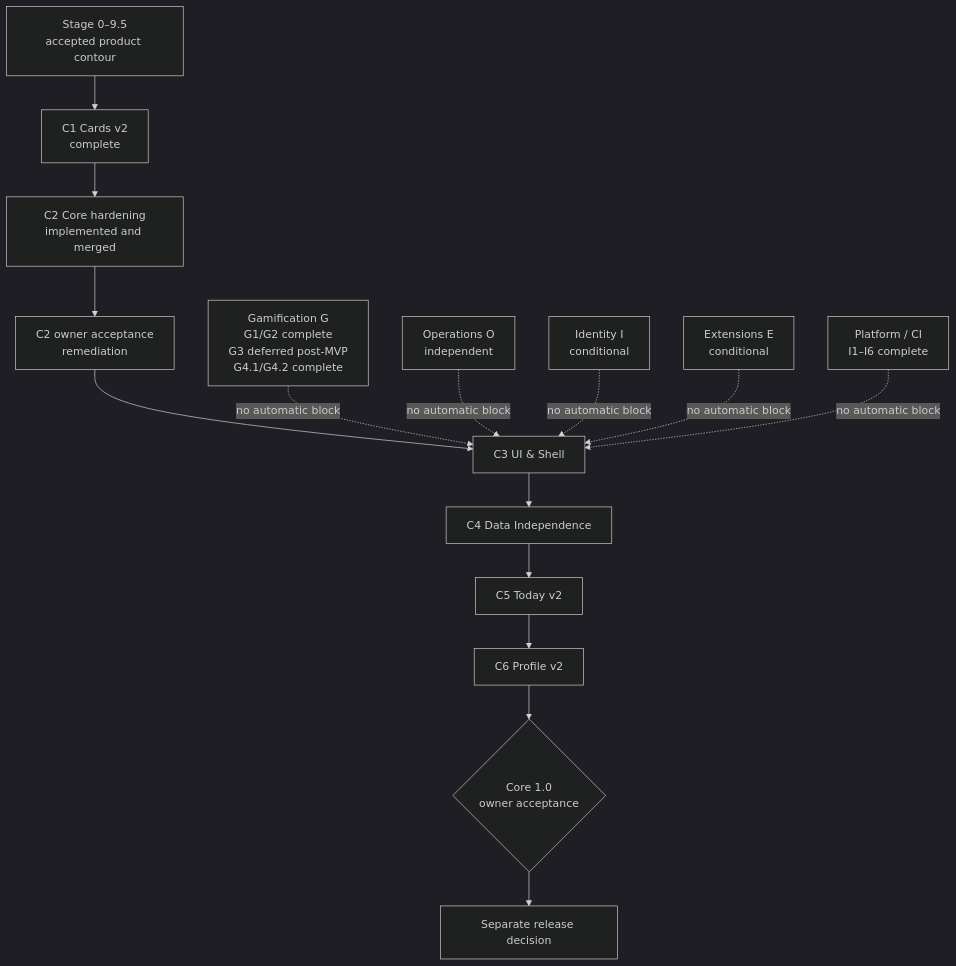
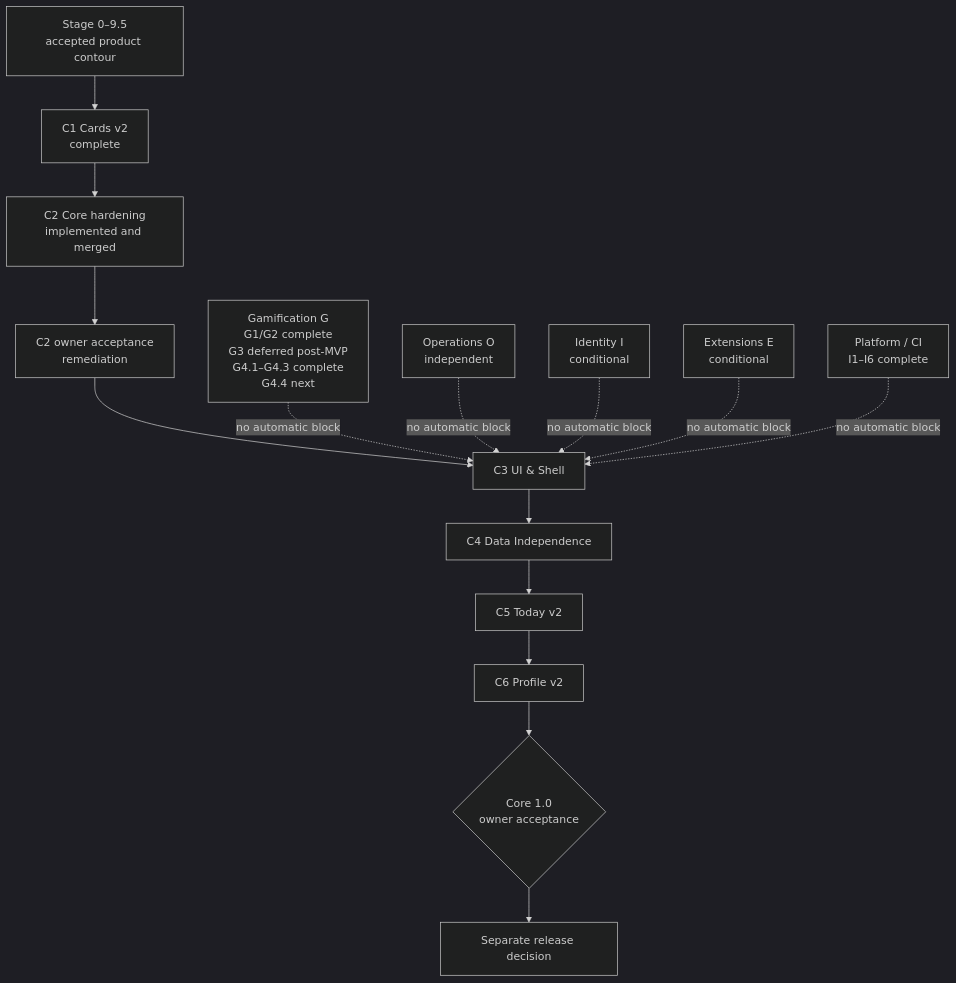
The diagram in roadmap/README.md (AliceLiddell01/anki-study-report), drawn with Mermaid (dark theme) before and after one commit. The commit also changed other lines of this file, not shown here.

Commit message:
Advance the roadmap snapshot through G4.3

````diff
--- a/roadmap/README.md
+++ b/roadmap/README.md
@@ -9,24 +9,24 @@
 ```mermaid
 flowchart TB
     S[Stage 0–9.5<br/>accepted product contour] --> C1[C1 Cards v2<br/>complete]
     C1 --> C2[C2 Core hardening<br/>implemented and merged]
     C2 --> A[C2 owner acceptance<br/>remediation]
     A --> C3[C3 UI & Shell]
     C3 --> C4[C4 Data Independence]
     C4 --> C5[C5 Today v2]
     C5 --> C6[C6 Profile v2]
     C6 --> R{Core 1.0<br/>owner acceptance}
     R --> REL[Separate release decision]
 
-    G[Gamification G<br/>G1/G2 complete<br/>G3 deferred post-MVP<br/>G4.1/G4.2 complete]
+    G[Gamification G<br/>G1/G2 complete<br/>G3 deferred post-MVP<br/>G4.1–G4.3 complete<br/>G4.4 next]
     O[Operations O<br/>independent]
     I[Identity I<br/>conditional]
     E[Extensions E<br/>conditional]
     P[Platform / CI<br/>I1–I6 complete]
 
     G -. no automatic block .-> C3
     O -. no automatic block .-> C3
     I -. no automatic block .-> C3
     E -. no automatic block .-> C3
     P -. no automatic block .-> C3
 ```
````
